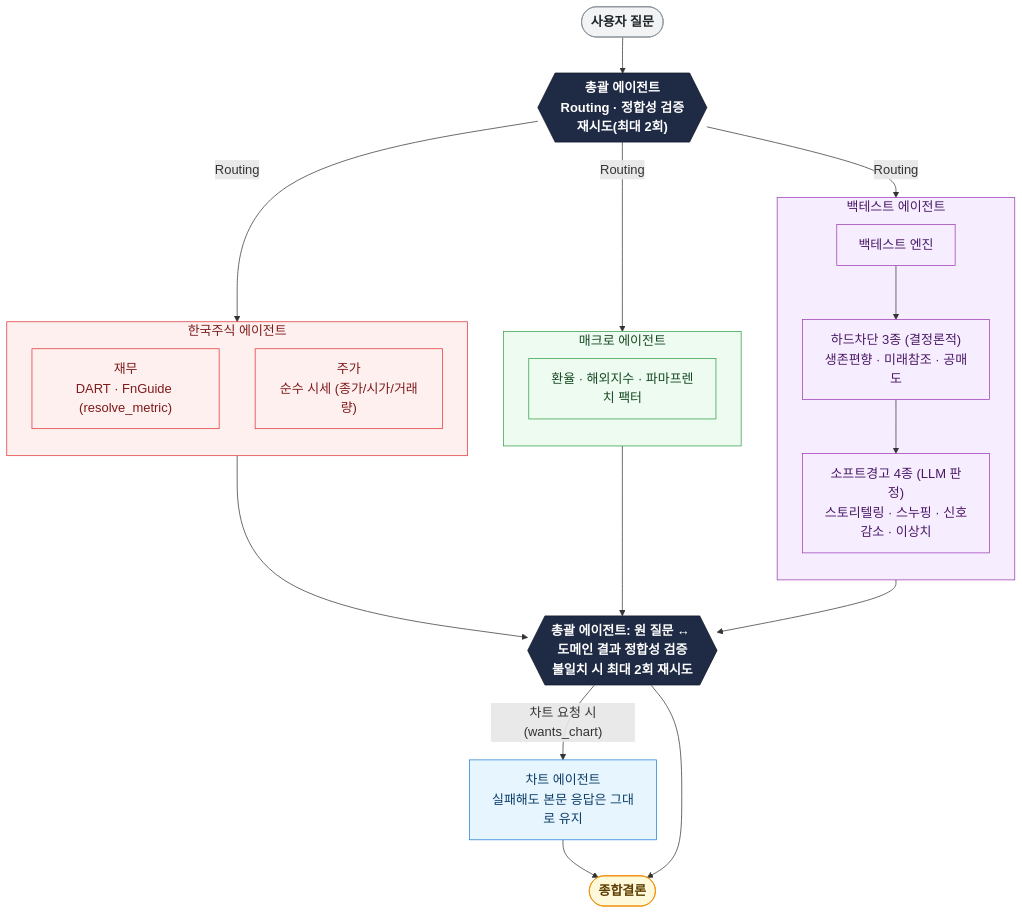
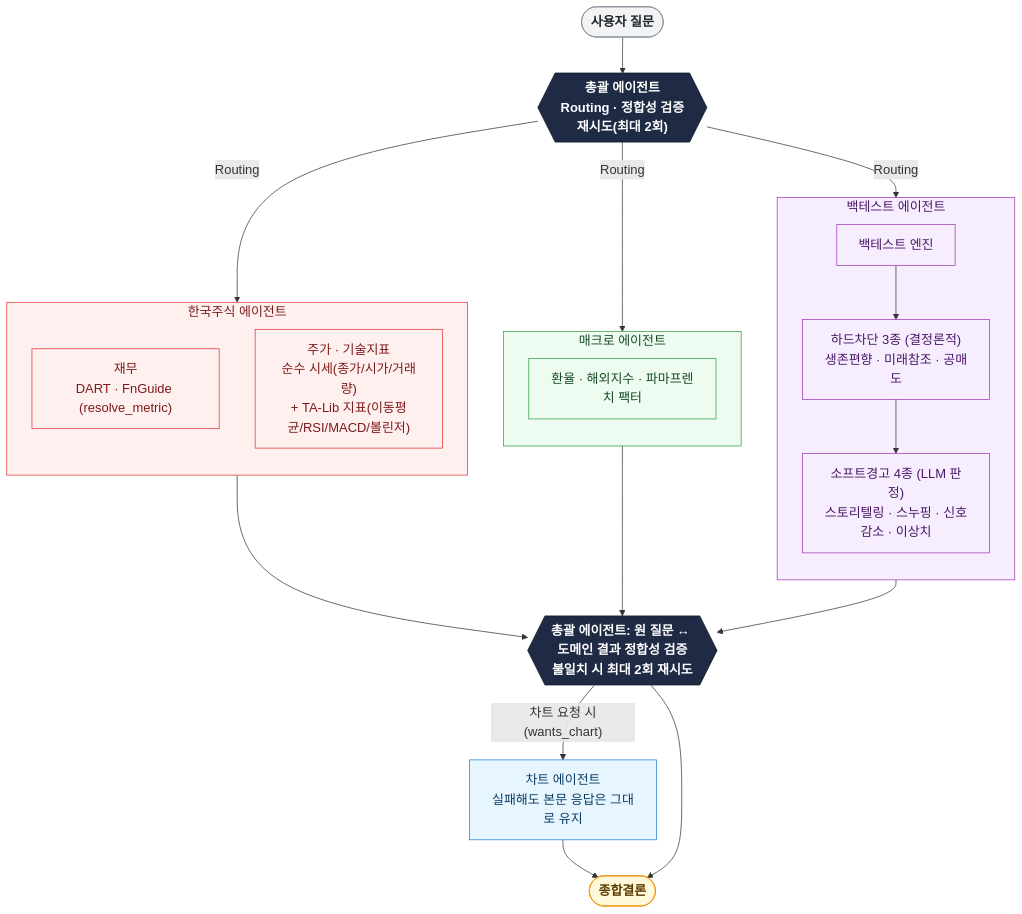
Before and after one commit to sonjong980304-tech/quant-assistant: the diagram in README.md, drawn with Mermaid.

Commit message:
docs: 아키텍처 다이어그램에서 빠졌던 기술지표 축 표시 추가 한국주식 에이전트 설명 글은 재무·주가·기술지표 세 축이라고 되어 있었는데 mermaid 다이어그램에는 기술지표 박스가 빠져 있어 실제로 기능이 삭제된 것처럼 보였음. 코드(domain_kr.py의 classify_intent, data_price_kr.py의 TA-Lib 기술지표 계산)는 그대로 남아있어 주가 박스 라벨에 기술지표 내용을 추가해 다이어그램과 실제 구조를 일치시킴.

````diff
--- a/README.md
+++ b/README.md
@@ -26,61 +26,61 @@
 ```mermaid
 %%{init: {'themeVariables': {'fontSize': '18px'}}}%%
 flowchart TB
     Q(["사용자 질문"])
     SUP{{"총괄 에이전트<br/>Routing · 정합성 검증<br/>재시도(최대 2회)"}}
 
     Q --> SUP
 
     subgraph KR_BOX["한국주식 에이전트"]
         direction TB
         KR_FIN["재무<br/>DART · FnGuide (resolve_metric)"]
-        KR_PRICE["주가<br/>순수 시세 (종가/시가/거래량)"]
+        KR_PRICE["주가 · 기술지표<br/>순수 시세(종가/시가/거래량)<br/>+ TA-Lib 지표(이동평균/RSI/MACD/볼린저)"]
     end
 
     subgraph MACRO_BOX["매크로 에이전트"]
         direction TB
         MACRO_DATA["환율 · 해외지수 · 파마프렌치 팩터"]
     end
 
     subgraph BT_BOX["백테스트 에이전트"]
         direction TB
         BT_PIPE["백테스트 엔진"]
         BT_HARD["하드차단 3종 (결정론적)<br/>생존편향 · 미래참조 · 공매도"]
         BT_SOFT["소프트경고 4종 (LLM 판정)<br/>스토리텔링 · 스누핑 · 신호감소 · 이상치"]
         BT_PIPE --> BT_HARD --> BT_SOFT
     end
 
     SUP -->|Routing| KR_BOX
     SUP -->|Routing| MACRO_BOX
     SUP -->|Routing| BT_BOX
 
     KR_BOX --> VERIFY
     MACRO_BOX --> VERIFY
     BT_BOX --> VERIFY
 
     VERIFY{{"총괄 에이전트: 원 질문 ↔ 도메인 결과 정합성 검증<br/>불일치 시 최대 2회 재시도"}}
 
     CHART["차트 에이전트<br/>실패해도 본문 응답은 그대로 유지"]
 
     VERIFY -->|"차트 요청 시(wants_chart)"| CHART
     CHART --> RESULT
     VERIFY --> RESULT
 
     RESULT(["종합결론"])
 
     classDef q fill:#f1f3f5,stroke:#868e96,color:#212529,font-weight:bold
     classDef sup fill:#1f2a44,stroke:#0d1424,color:#ffffff,font-weight:bold
     classDef result fill:#fff9db,stroke:#f08c00,color:#5c3d00,font-weight:bold
     classDef kr fill:#fff0f0,stroke:#e03131,color:#7d1a1a
     classDef macro fill:#eefbf0,stroke:#2f9e44,color:#164a24
     classDef bt fill:#f6eeff,stroke:#9c36b5,color:#4a1766
     classDef chart fill:#e7f5ff,stroke:#1c7ed6,color:#0b3d66
 
     class Q q
     class SUP,VERIFY sup
     class RESULT result
     class KR_BOX,KR_FIN,KR_PRICE kr
     class MACRO_BOX,MACRO_DATA macro
     class BT_BOX,BT_PIPE,BT_HARD,BT_SOFT bt
     class CHART chart
 ```
````
